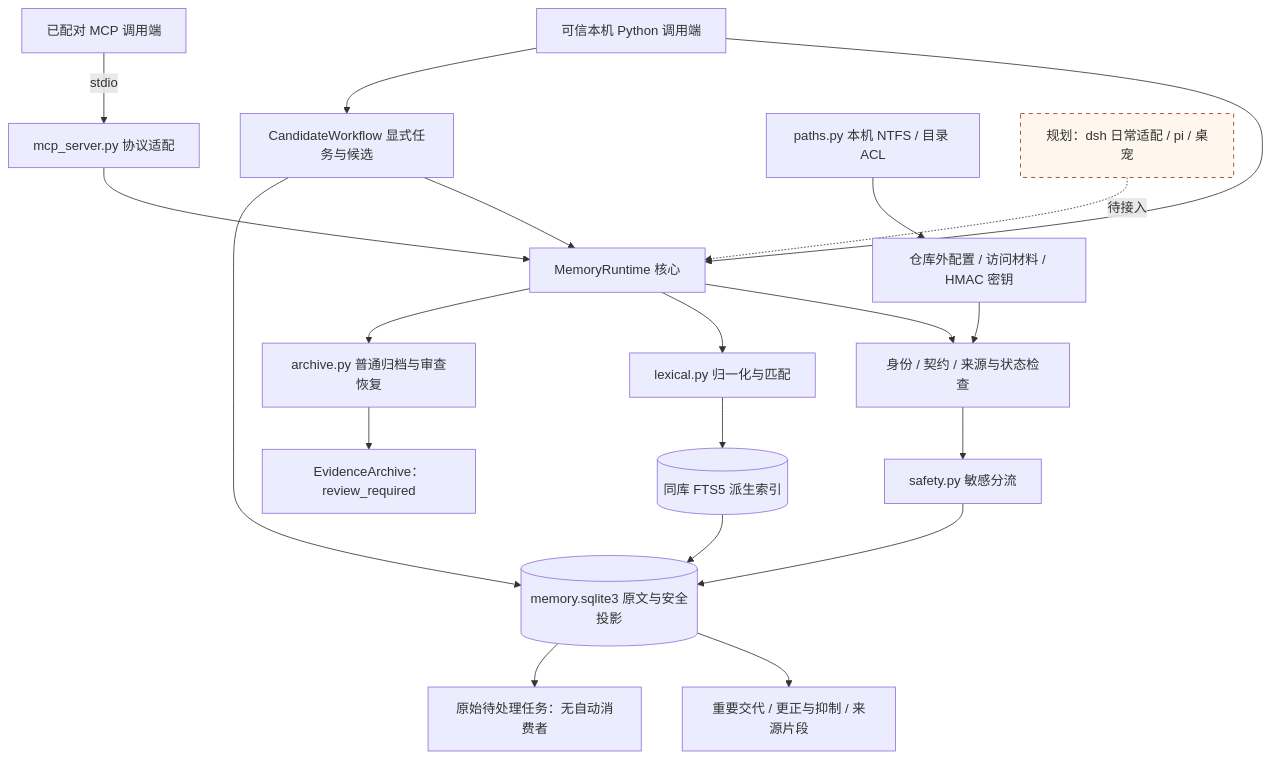
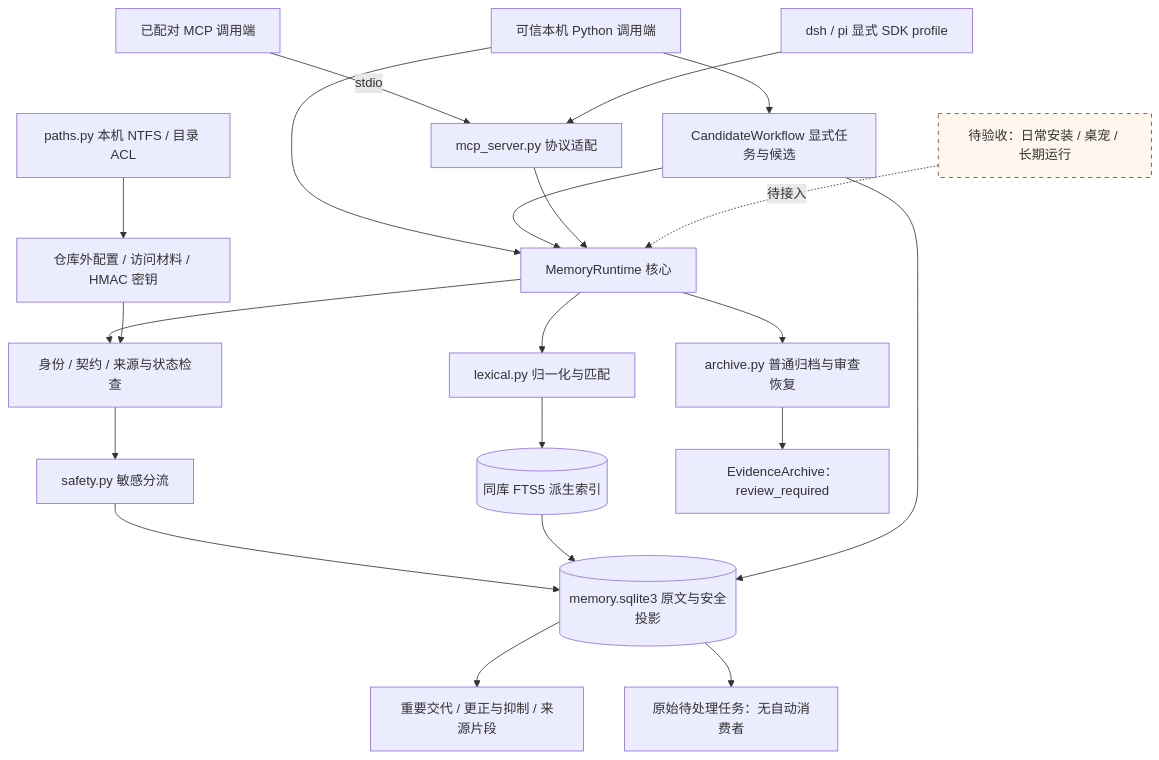
Before and after one commit to destinyTaoTao/evernook: the first of 5 diagrams in docs/current-architecture.md, drawn with Mermaid. The commit also changed other lines of this file and 19 other files, not shown here.

````diff
--- a/docs/current-architecture.md
+++ b/docs/current-architecture.md
@@ -9,24 +9,25 @@
 ```mermaid
 flowchart TB
     Python[可信本机 Python 调用端] --> Runtime[MemoryRuntime 核心]
     Python --> Candidates[CandidateWorkflow 显式任务与候选]
     Candidates --> Runtime
     Client[已配对 MCP 调用端] -->|stdio| MCP[mcp_server.py 协议适配]
     MCP --> Runtime
     Runtime --> Auth[身份 / 契约 / 来源与状态检查]
     Auth --> Safety[safety.py 敏感分流]
     Safety --> Ledger[(memory.sqlite3 原文与安全投影)]
     Runtime --> Lexical[lexical.py 归一化与匹配]
     Lexical --> Index[(同库 FTS5 派生索引)]
     Index --> Ledger
     Ledger --> State[重要交代 / 更正与抑制 / 来源片段]
     Ledger --> Jobs[原始待处理任务：无自动消费者]
     Candidates --> Ledger
     Runtime --> Archive[archive.py 普通归档与审查恢复]
     Archive --> Review[EvidenceArchive：review_required]
     Files[仓库外配置 / 访问材料 / HMAC 密钥] --> Auth
     Paths[paths.py 本机 NTFS / 目录 ACL] --> Files
-    Future[规划：dsh 日常适配 / pi / 桌宠] -. 待接入 .-> Runtime
+    Adapters[dsh / pi 显式 SDK profile] --> MCP
+    Future[待验收：日常安装 / 桌宠 / 长期运行] -. 待接入 .-> Runtime
     classDef planned fill:#fff7ed,stroke:#9a3412,stroke-dasharray:5 5
     class Future planned
 ```
````
